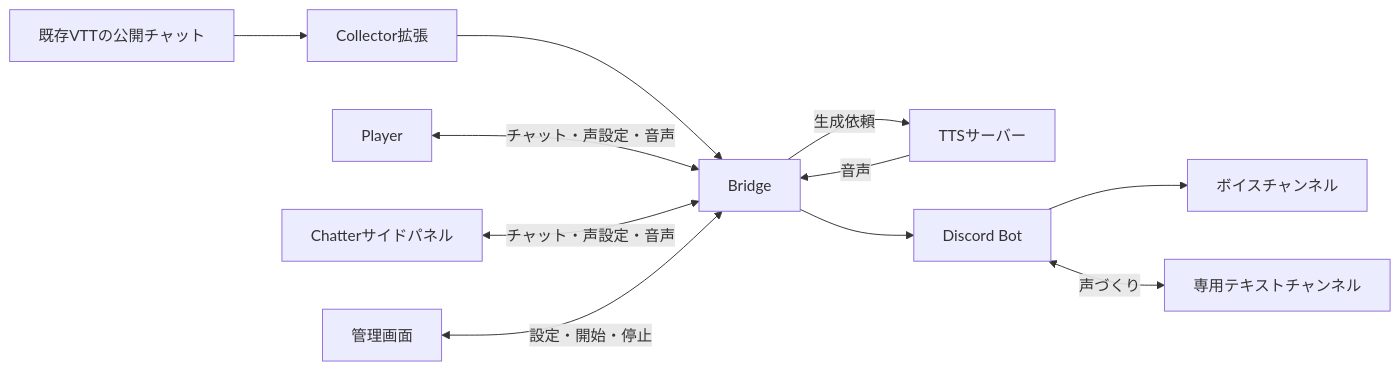
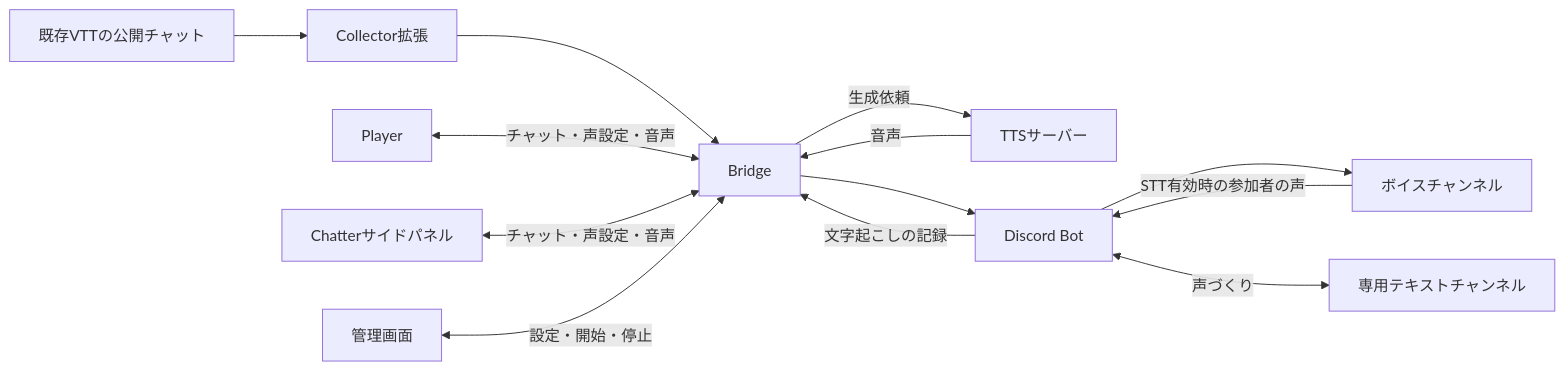
The diagram in docs/component.md (okamichi/trpg-voice-bridge), drawn with Mermaid before and after one commit. The commit also changed other lines of this file and 37 other files, not shown here.

````diff
--- a/docs/component.md
+++ b/docs/component.md
@@ -9,13 +9,15 @@
 ```mermaid
 flowchart LR
   VTT[既存VTTの公開チャット] --> Collector[Collector拡張]
   Collector --> Bridge[Bridge]
   Player[Player] <-->|チャット・声設定・音声| Bridge
   Chatter[Chatterサイドパネル] <-->|チャット・声設定・音声| Bridge
   Admin[管理画面] <-->|設定・開始・停止| Bridge
   Bridge -->|生成依頼| TTS[TTSサーバー]
   TTS -->|音声| Bridge
   Bridge --> Bot[Discord Bot]
   Bot --> VC[ボイスチャンネル]
+  VC -->|STT有効時の参加者の声| Bot
+  Bot -->|文字起こしの記録| Bridge
   Bot <-->|声づくり| Text[専用テキストチャンネル]
 ```
````
